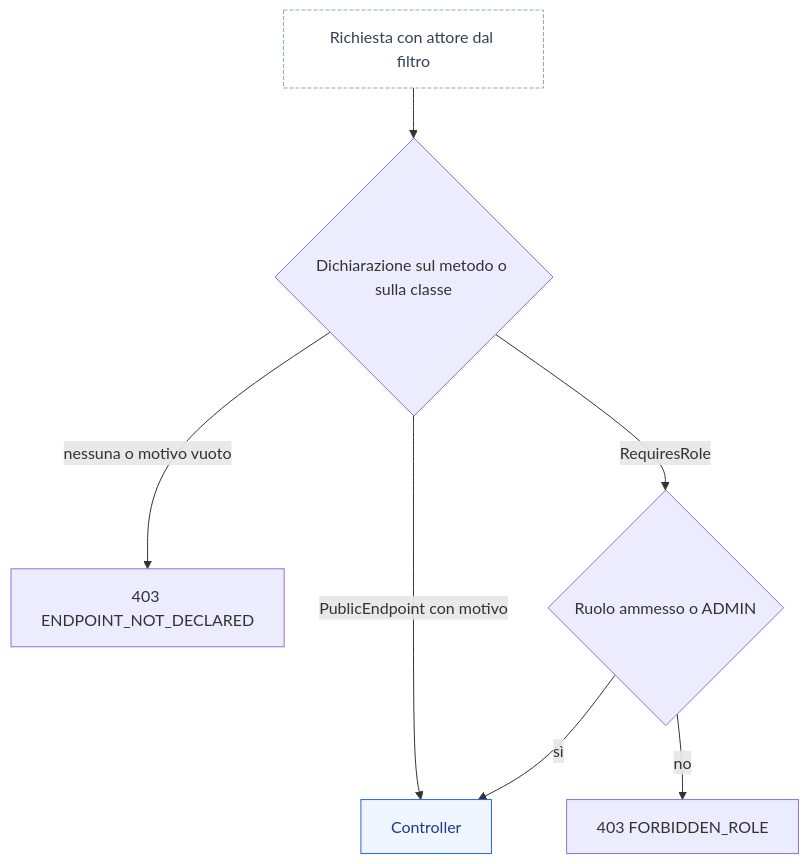
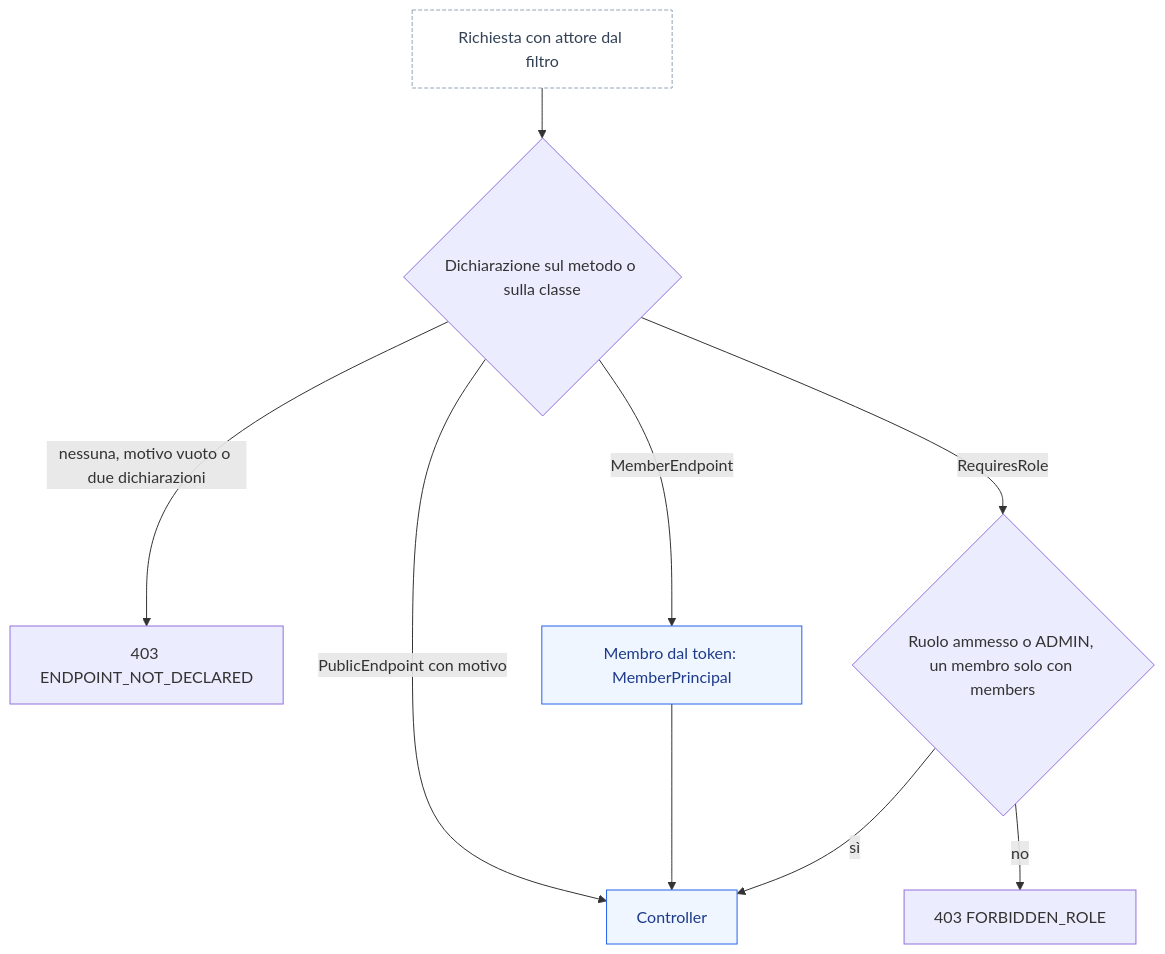
One commit to peppe-ruv/Loyalty_Sys changed the second of 3 diagrams in docs/06-CONVENZIONI-BACKEND.md. Above: the diagram before and after it, drawn with Mermaid. The commit also changed other lines of this file and 6 other files, not shown here.

First line of the commit message:
docs(decisioni): membro dal token, MemberPrincipal e API del portale [F2-SEC-09, F2-IAM-03, ADR-048, Q-410, Q-493, Q-157, Q-550…Q-559]

````diff
--- a/docs/06-CONVENZIONI-BACKEND.md
+++ b/docs/06-CONVENZIONI-BACKEND.md
@@ -130,15 +139,17 @@
 ```mermaid
 flowchart TD
   accTitle: Deny by default sugli endpoint
-  accDescr: Per ogni richiesta a un controller del prodotto l'interceptor cerca la dichiarazione di accesso sul metodo e poi sulla classe; senza dichiarazione o con un motivo vuoto risponde 403 ENDPOINT_NOT_DECLARED; con RequiresRole controlla il ruolo dell'attore; con PublicEndpoint lascia passare.
+  accDescr: Per ogni richiesta a un controller del prodotto l'interceptor cerca la dichiarazione di accesso sul metodo e poi sulla classe; senza dichiarazione, con un motivo vuoto o con due dichiarazioni sullo stesso elemento risponde 403 ENDPOINT_NOT_DECLARED; con MemberEndpoint risolve il membro dal token e passa un MemberPrincipal al controller; con RequiresRole controlla il ruolo dell'attore, e un token di solo membro passa solo se l'elenco ammette i membri; con PublicEndpoint lascia passare.
   REQ[Richiesta con attore dal filtro] --> DECL{Dichiarazione sul metodo o sulla classe}
-  DECL -->|nessuna o motivo vuoto| DENY[403 ENDPOINT_NOT_DECLARED]
-  DECL -->|RequiresRole| ROLE{Ruolo ammesso o ADMIN}
+  DECL -->|nessuna, motivo vuoto o due dichiarazioni| DENY[403 ENDPOINT_NOT_DECLARED]
+  DECL -->|MemberEndpoint| MBR[Membro dal token: MemberPrincipal]
+  DECL -->|RequiresRole| ROLE{Ruolo ammesso o ADMIN, un membro solo con members}
   DECL -->|PublicEndpoint con motivo| CTRL[Controller]
+  MBR --> CTRL
   ROLE -->|sì| CTRL
   ROLE -->|no| FORB[403 FORBIDDEN_ROLE]
   classDef svc fill:#EFF6FF,stroke:#2563EB,color:#1E3A8A
   classDef ext fill:#FFFFFF,stroke:#94A3B8,stroke-dasharray:4 2,color:#334155
-  class CTRL svc
+  class CTRL,MBR svc
   class REQ ext
 ```
````
